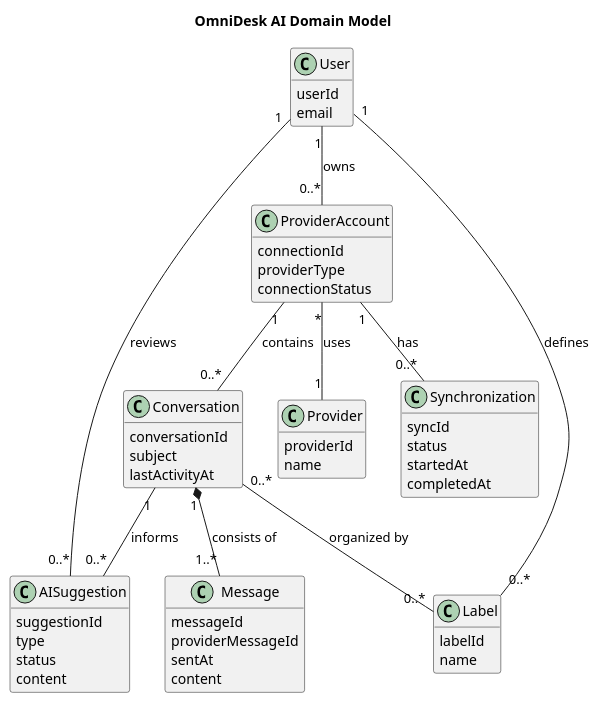
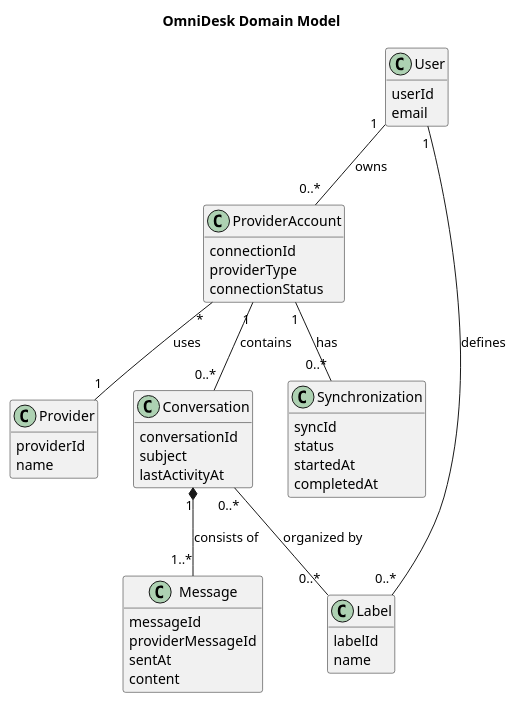
One commit to Farhad-Valizadegan/Web-OmniDesk changed the diagram in docs/SDLC/03-system-analysis/diagrams/domain-model.puml. Above: the diagram before and after it, drawn with PlantUML. The commit also changed 177 other files, not shown here.

Commit message:
Prepare OmniDesk MVP and secure per-user integrations

```diff
--- a/docs/SDLC/03-system-analysis/diagrams/domain-model.puml
+++ b/docs/SDLC/03-system-analysis/diagrams/domain-model.puml
@@ -1,64 +1,55 @@
 @startuml
-title OmniDesk AI Domain Model
+title OmniDesk Domain Model
 
 skinparam classAttributeIconSize 0
 hide methods
 
 class User {
   userId
   email
 }
 
 class ProviderAccount {
   connectionId
   providerType
   connectionStatus
 }
 
 class Provider {
   providerId
   name
 }
 
 class Conversation {
   conversationId
   subject
   lastActivityAt
 }
 
 class Message {
   messageId
   providerMessageId
   sentAt
   content
 }
 
 class Label {
   labelId
   name
 }
 
 class Synchronization {
   syncId
   status
   startedAt
   completedAt
 }
 
-class AISuggestion {
-  suggestionId
-  type
-  status
-  content
-}
-
 User "1" -- "0..*" ProviderAccount : owns
 ProviderAccount "*" -- "1" Provider : uses
 ProviderAccount "1" -- "0..*" Conversation : contains
 Conversation "1" *-- "1..*" Message : consists of
 User "1" -- "0..*" Label : defines
 Conversation "0..*" -- "0..*" Label : organized by
 ProviderAccount "1" -- "0..*" Synchronization : has
-User "1" -- "0..*" AISuggestion : reviews
-Conversation "1" -- "0..*" AISuggestion : informs
 @enduml
```
